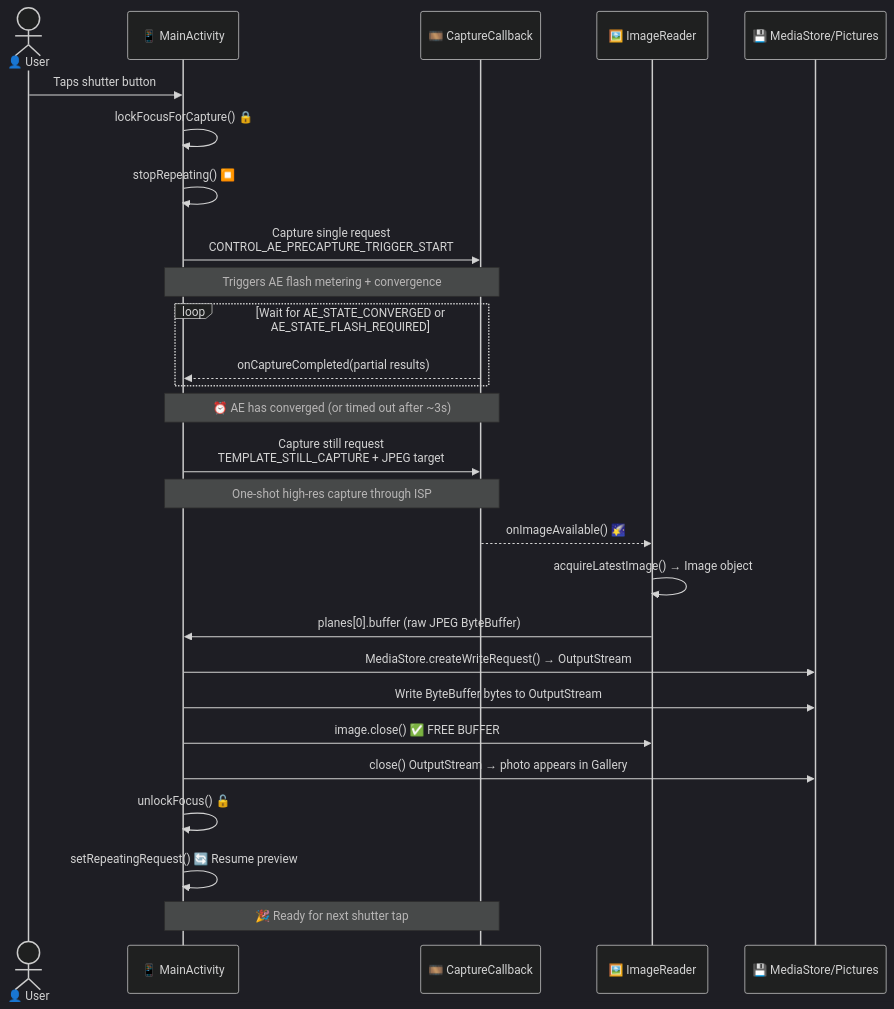
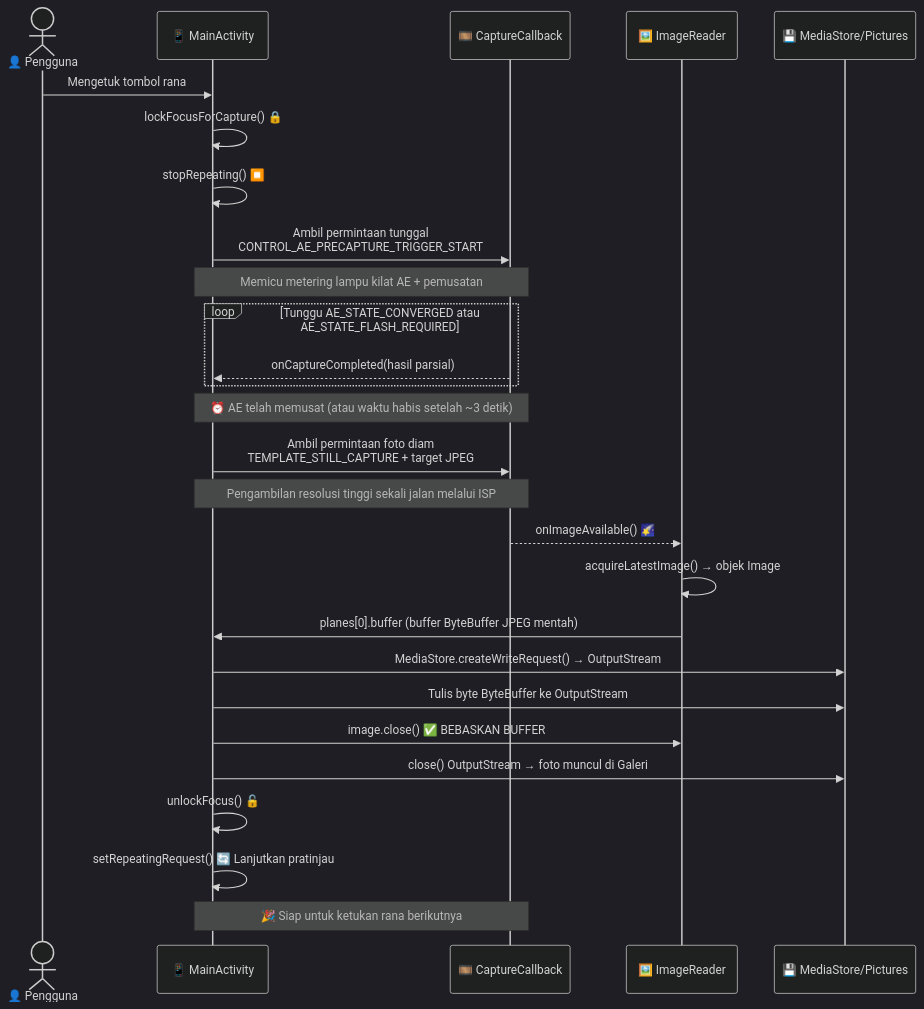
The diagram in website/i18n/id/docusaurus-plugin-content-docs/current/camera2/taking-photos.md (zoozooll/AndroidCameraParameters), drawn with Mermaid (dark theme) before and after one commit. The commit also changed other lines of this file and 378 other files, not shown here.

````diff
--- a/website/i18n/id/docusaurus-plugin-content-docs/current/camera2/taking-photos.md
+++ b/website/i18n/id/docusaurus-plugin-content-docs/current/camera2/taking-photos.md
@@ -25,35 +25,35 @@
 ```mermaid
 sequenceDiagram
-    actor User as 👤 User
+    actor User as 👤 Pengguna
     participant App as 📱 MainActivity
     participant CB as 🎞️ CaptureCallback
     participant IR as 🖼️ ImageReader
     participant MS as 💾 MediaStore/Pictures
-    User->>App: Taps shutter button
+    User->>App: Mengetuk tombol rana
     App->>App: lockFocusForCapture() 🔒
     App->>App: stopRepeating() ⏹️
     
-    App->>CB: Capture single request<br/>CONTROL_AE_PRECAPTURE_TRIGGER_START
-    Note over App,CB: Triggers AE flash metering + convergence
-    loop Wait for AE_STATE_CONVERGED or AE_STATE_FLASH_REQUIRED
-        CB-->>App: onCaptureCompleted(partial results)
+    App->>CB: Ambil permintaan tunggal<br/>CONTROL_AE_PRECAPTURE_TRIGGER_START
+    Note over App,CB: Memicu metering lampu kilat AE + pemusatan
+    loop Tunggu AE_STATE_CONVERGED atau AE_STATE_FLASH_REQUIRED
+        CB-->>App: onCaptureCompleted(hasil parsial)
     end
     
-    Note over App,CB: ⏰ AE has converged (or timed out after ~3s)
+    Note over App,CB: ⏰ AE telah memusat (atau waktu habis setelah ~3 detik)
     
-    App->>CB: Capture still request<br/>TEMPLATE_STILL_CAPTURE + JPEG target
-    Note over App,CB: One-shot high-res capture through ISP
+    App->>CB: Ambil permintaan foto diam<br/>TEMPLATE_STILL_CAPTURE + target JPEG
+    Note over App,CB: Pengambilan resolusi tinggi sekali jalan melalui ISP
     
     CB-->>IR: onImageAvailable() 🌠
-    IR->>IR: acquireLatestImage() → Image object
-    IR->>App: planes[0].buffer (raw JPEG ByteBuffer)
+    IR->>IR: acquireLatestImage() → objek Image
+    IR->>App: planes[0].buffer (buffer ByteBuffer JPEG mentah)
     App->>MS: MediaStore.createWriteRequest() → OutputStream
-    App->>MS: Write ByteBuffer bytes to OutputStream
-    App->>IR: image.close() ✅ FREE BUFFER
-    App->>MS: close() OutputStream → photo appears in Gallery
+    App->>MS: Tulis byte ByteBuffer ke OutputStream
+    App->>IR: image.close() ✅ BEBASKAN BUFFER
+    App->>MS: close() OutputStream → foto muncul di Galeri
     
     App->>App: unlockFocus() 🔓
-    App->>App: setRepeatingRequest() 🔄 Resume preview
+    App->>App: setRepeatingRequest() 🔄 Lanjutkan pratinjau
     
-    Note over App,CB: 🎉 Ready for next shutter tap
+    Note over App,CB: 🎉 Siap untuk ketukan rana berikutnya
 ```
````
